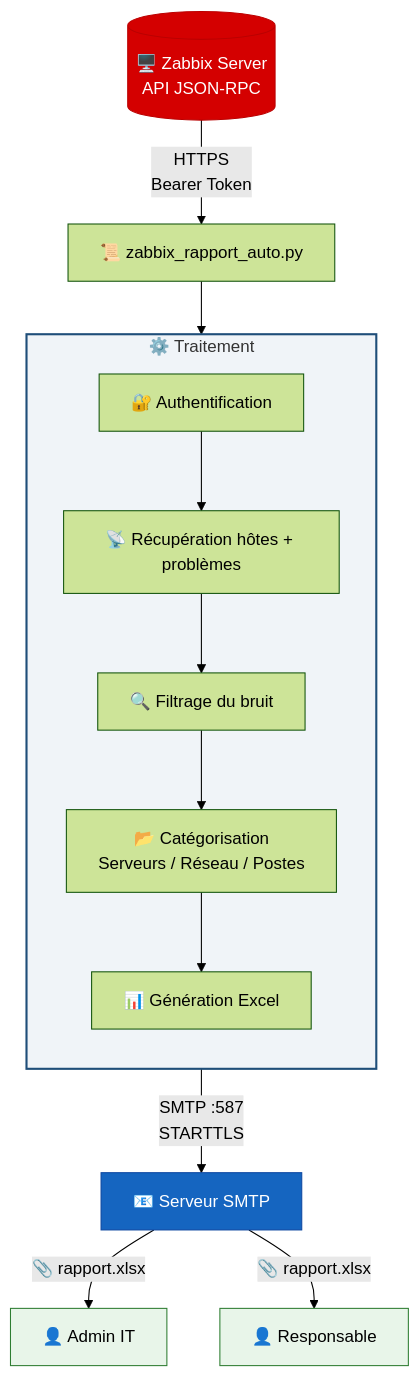
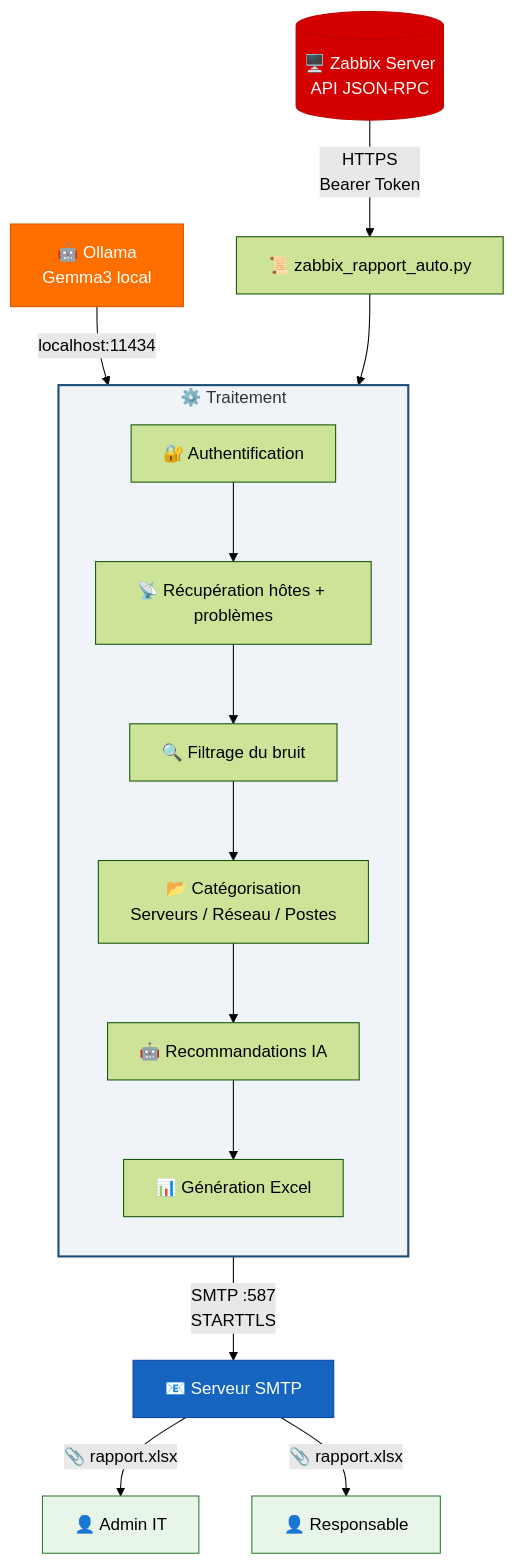
One commit to Yukouf/Rapport-Zabbix-Mail changed the diagram in README.md. Above: the diagram before and after it, drawn with Mermaid (forest theme). The commit also changed other lines of this file and 3 other files, not shown here.

Commit message:
feat: recommandations IA via Ollama, nouveaux screenshots v5

````diff
--- a/README.md
+++ b/README.md
@@ -193,31 +194,35 @@
 ```mermaid
 flowchart TD
     Z[(🖥️ Zabbix Server\nAPI JSON-RPC)]
+    O[🤖 Ollama\nGemma3 local]
     S[📜 zabbix_rapport_auto.py]
     M[📧 Serveur SMTP]
     U1[👤 Admin IT]
     U2[👤 Responsable]
 
     Z -->|HTTPS\nBearer Token| S
 
     subgraph Script ["⚙️ Traitement"]
         direction TB
         S1[🔐 Authentification]
         S2[📡 Récupération hôtes + problèmes]
         S3[🔍 Filtrage du bruit]
         S4[📂 Catégorisation\nServeurs / Réseau / Postes]
-        S5[📊 Génération Excel]
-        S1 --> S2 --> S3 --> S4 --> S5
+        S5[🤖 Recommandations IA]
+        S6[📊 Génération Excel]
+        S1 --> S2 --> S3 --> S4 --> S5 --> S6
     end
 
     S --> Script
+    O -->|localhost:11434| S5
     Script -->|SMTP :587\nSTARTTLS| M
     M -->|📎 rapport.xlsx| U1
     M -->|📎 rapport.xlsx| U2
 
     style Z fill:#d40000,color:#fff,stroke:#b00
+    style O fill:#ff6f00,color:#fff,stroke:#e65100
     style Script fill:#f0f4f8,stroke:#1f4e79,stroke-width:2px
     style M fill:#1565c0,color:#fff,stroke:#0d47a1
     style U1 fill:#e8f5e9,stroke:#2e7d32
     style U2 fill:#e8f5e9,stroke:#2e7d32
 ```
````
